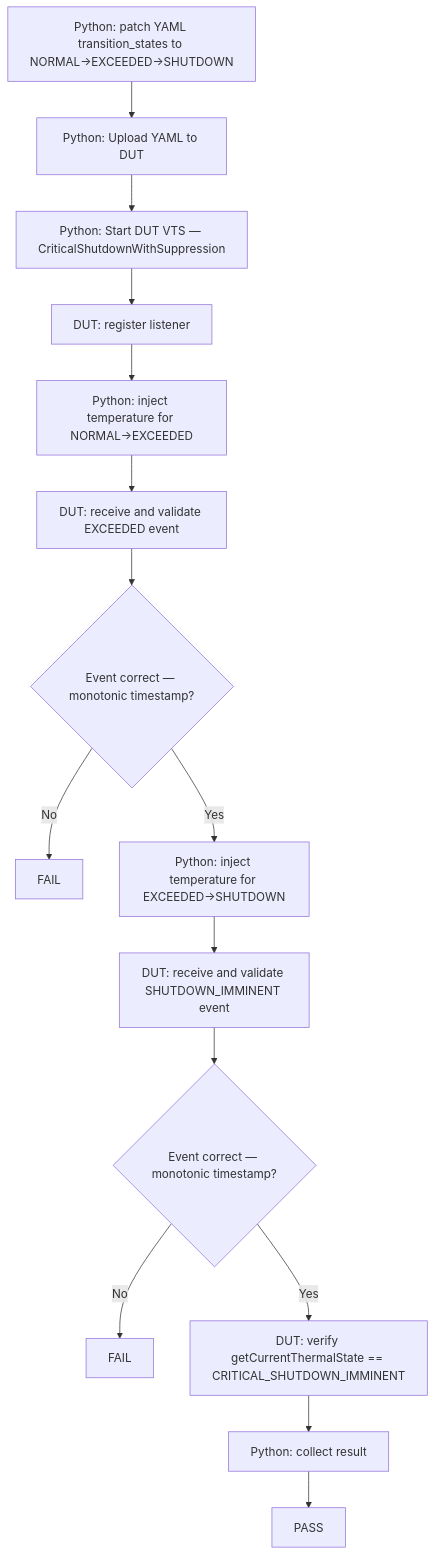
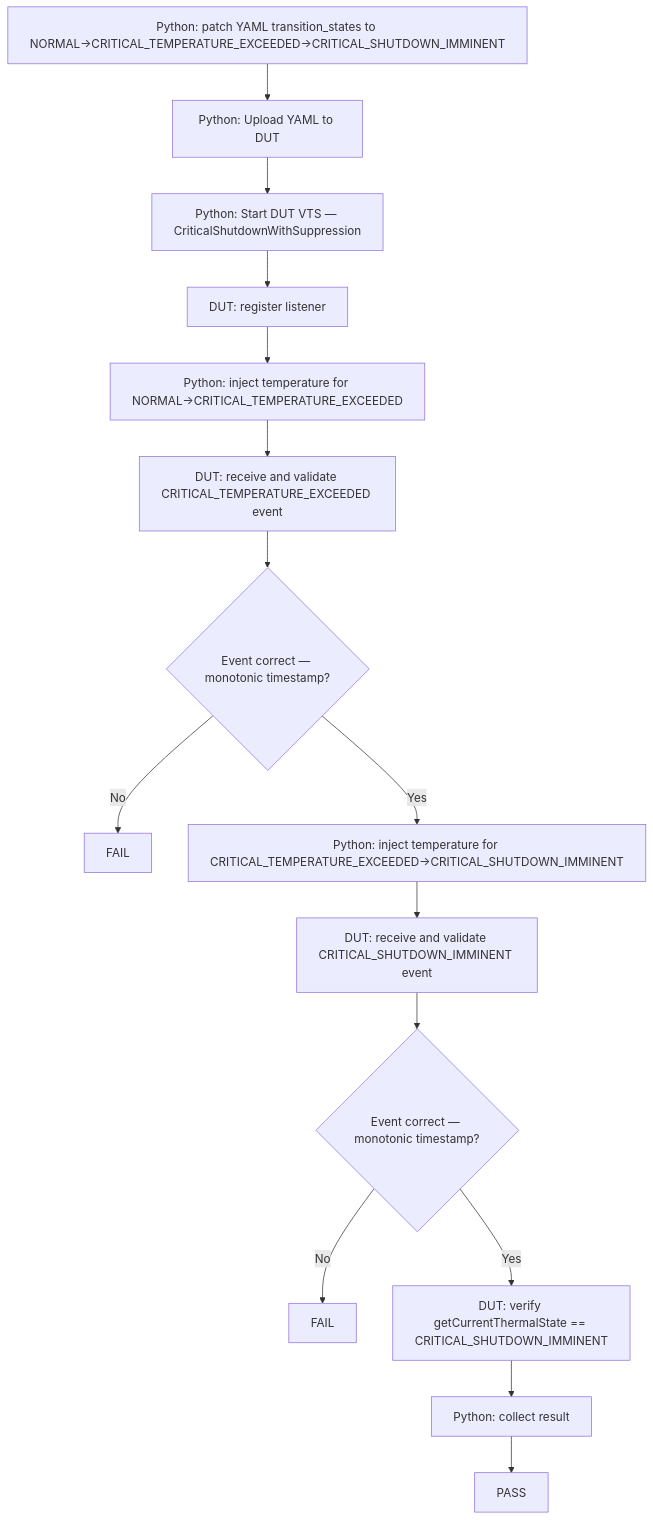
Before and after one commit to rdkcentral/rdk-halif-aidl-test-thermal-sensor: the second of 2 diagrams in docs/pages/vts_thermal_sensor_L1_L2_L3_TestProcedure.md, drawn with Mermaid. The commit also changed other lines of this file, not shown here.

````diff
--- a/docs/pages/vts_thermal_sensor_L1_L2_L3_TestProcedure.md
+++ b/docs/pages/vts_thermal_sensor_L1_L2_L3_TestProcedure.md
@@ -333,17 +333,17 @@
 ```mermaid
 graph TD
-    A[Python: patch YAML transition_states to NORMAL→EXCEEDED→SHUTDOWN] --> B[Python: Upload YAML to DUT]
+    A[Python: patch YAML transition_states to NORMAL→CRITICAL_TEMPERATURE_EXCEEDED→CRITICAL_SHUTDOWN_IMMINENT] --> B[Python: Upload YAML to DUT]
     B --> C[Python: Start DUT VTS — CriticalShutdownWithSuppression]
     C --> D[DUT: register listener]
-    D --> E[Python: inject temperature for NORMAL→EXCEEDED]
-    E --> F[DUT: receive and validate EXCEEDED event]
+    D --> E[Python: inject temperature for NORMAL→CRITICAL_TEMPERATURE_EXCEEDED]
+    E --> F[DUT: receive and validate CRITICAL_TEMPERATURE_EXCEEDED event]
     F --> G{Event correct — monotonic timestamp?}
     G -->|No| H[FAIL]
-    G -->|Yes| I[Python: inject temperature for EXCEEDED→SHUTDOWN]
-    I --> J[DUT: receive and validate SHUTDOWN_IMMINENT event]
+    G -->|Yes| I[Python: inject temperature for CRITICAL_TEMPERATURE_EXCEEDED→CRITICAL_SHUTDOWN_IMMINENT]
+    I --> J[DUT: receive and validate CRITICAL_SHUTDOWN_IMMINENT event]
     J --> K{Event correct — monotonic timestamp?}
     K -->|No| L[FAIL]
     K -->|Yes| M[DUT: verify getCurrentThermalState == CRITICAL_SHUTDOWN_IMMINENT]
     M --> N[Python: collect result]
     N --> O[PASS]
 ```
````
